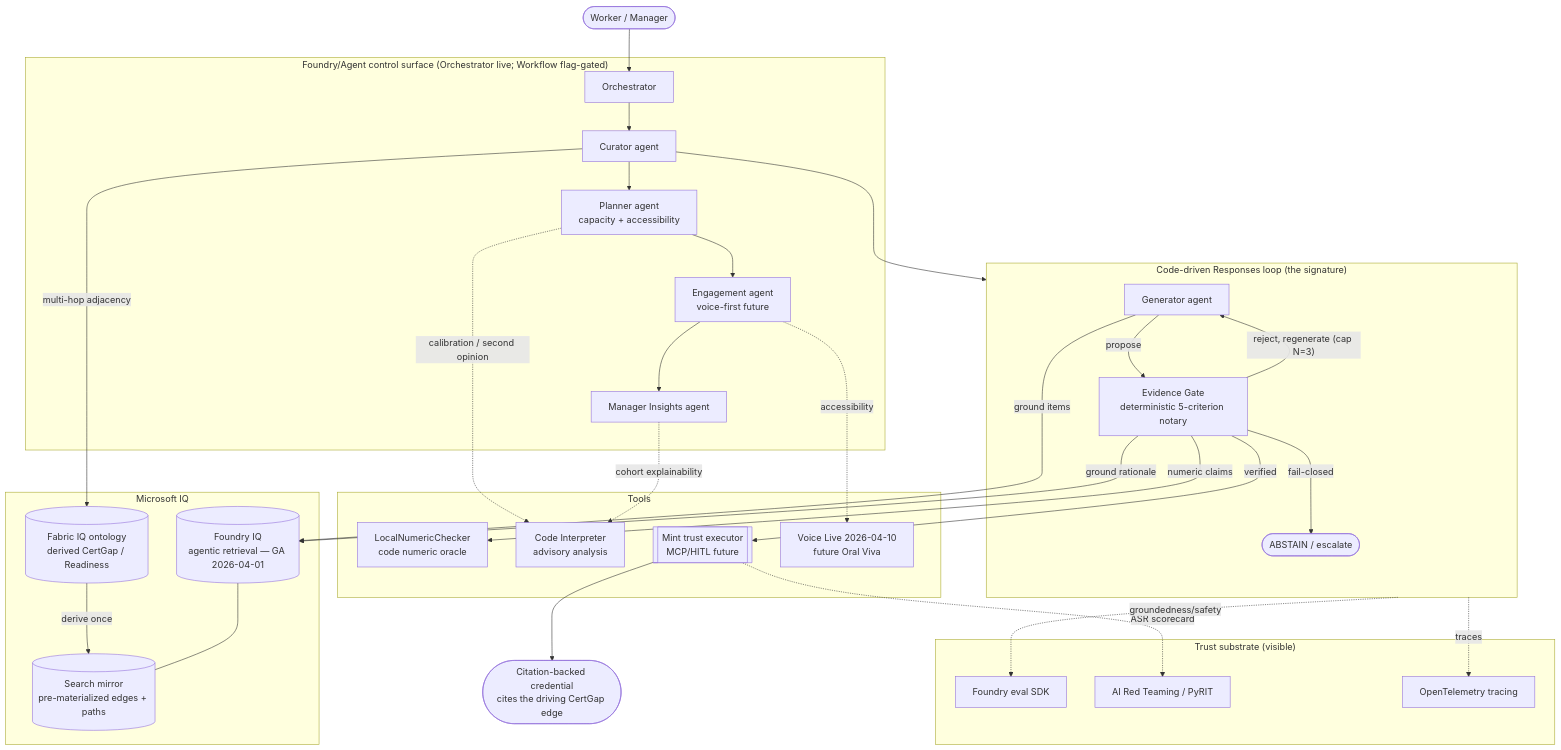
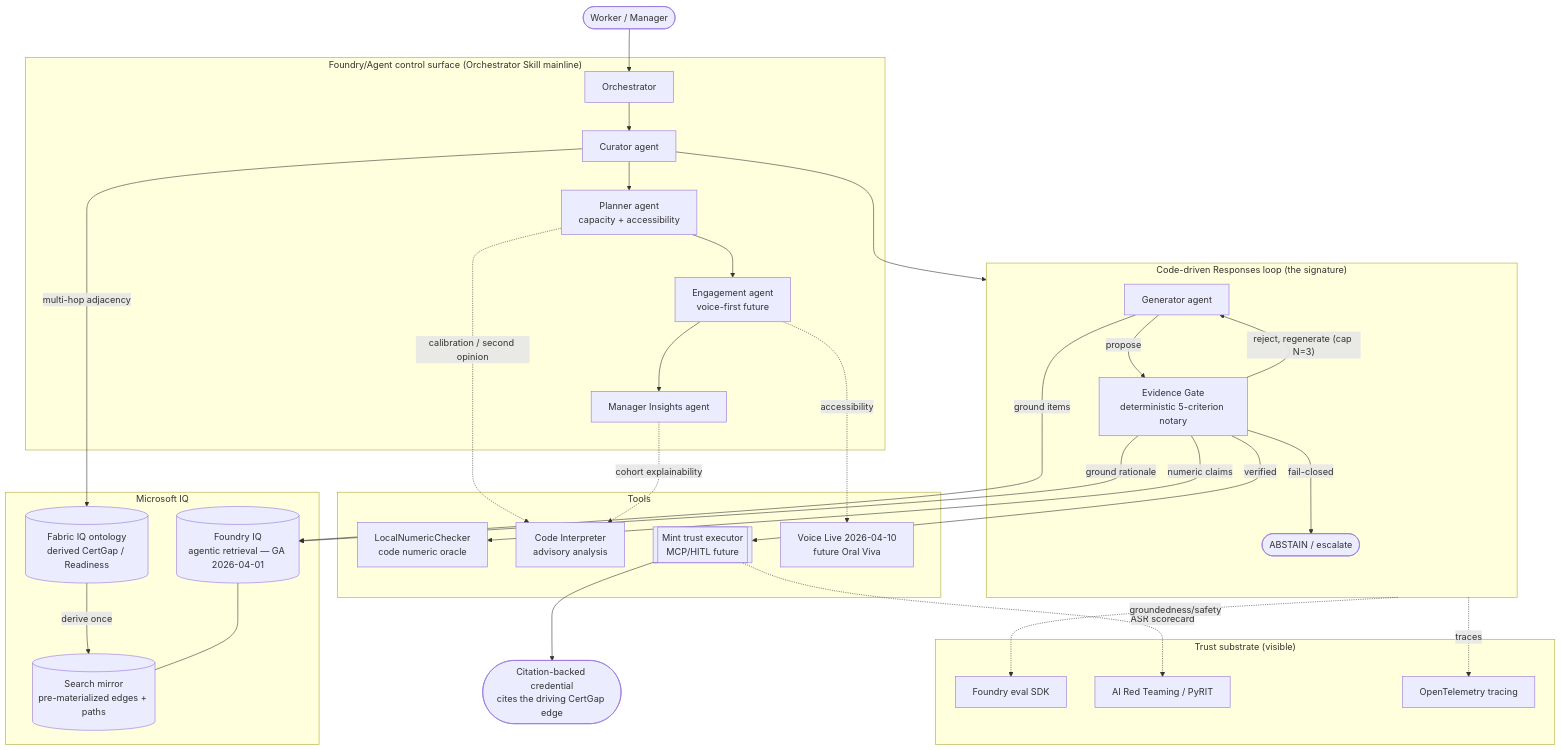
One commit to semswitch/PathForward changed the diagram in ARCHITECTURE.md. Above: the diagram before and after it, drawn with Mermaid. The commit also changed other lines of this file and 4 other files, not shown here.

````diff
--- a/ARCHITECTURE.md
+++ b/ARCHITECTURE.md
@@ -9,58 +9,58 @@
 ```mermaid
 flowchart TB
     user([Worker / Manager]) --> orch
 
-    subgraph WF["Foundry/Agent control surface (Orchestrator live; Workflow flag-gated)"]
+    subgraph WF["Foundry/Agent control surface (Orchestrator Skill mainline)"]
         orch[Orchestrator]
         curator[Curator agent]
         planner[Planner agent\ncapacity + accessibility]
         engage[Engagement agent\nvoice-first future]
         insights[Manager Insights agent]
     end
 
     subgraph LOOP["Code-driven Responses loop (the signature)"]
         gen[Generator agent]
         ver[Evidence Gate\ndeterministic 5-criterion notary]
         gen -- propose --> ver
         ver -- reject, regenerate (cap N=3) --> gen
         ver -- fail-closed --> abstain([ABSTAIN / escalate])
     end
 
     curator --> LOOP
     orch --> curator --> planner --> engage --> insights
 
     subgraph IQ["Microsoft IQ"]
         fabric[(Fabric IQ ontology\nderived CertGap / Readiness)]
         foundryiq[(Foundry IQ\nagentic retrieval — GA 2026-04-01)]
         mirror[(Search mirror\npre-materialized edges + paths)]
     end
 
     curator -- multi-hop adjacency --> fabric
     fabric -- derive once --> mirror
     gen -- ground items --> foundryiq
     ver -- ground rationale --> foundryiq
     foundryiq --- mirror
 
     subgraph TOOLS["Tools"]
         num[LocalNumericChecker\ncode numeric oracle]
         code[Code Interpreter\nadvisory analysis]
         mint[[Mint trust executor\nMCP/HITL future]]
         voice[Voice Live 2026-04-10\nfuture Oral Viva]
     end
 
     ver -- numeric claims --> num
     planner -. calibration / second opinion .-> code
     insights -. cohort explainability .-> code
     ver -- verified --> mint
     mint --> cred([Citation-backed credential\ncites the driving CertGap edge])
     engage -. accessibility .-> voice
 
     subgraph OBS["Trust substrate (visible)"]
         evals[Foundry eval SDK]
         redteam[AI Red Teaming / PyRIT]
         otel[OpenTelemetry tracing]
     end
     LOOP -. traces .-> otel
     LOOP -. groundedness/safety .-> evals
     mint -. ASR scorecard .-> redteam
 ```
````
